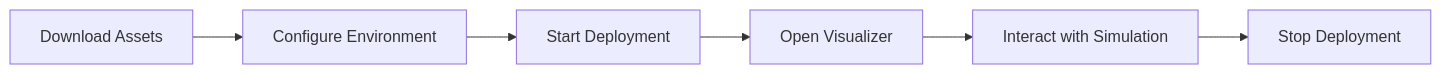
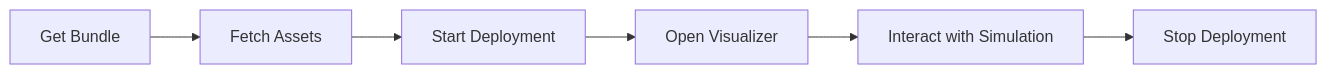
Before and after one commit to oguzkaganozt/openadkit: the diagram in docs/deployment/samples/index.md, drawn with Mermaid. The commit also changed other lines of this file and 18 other files, not shown here.

````diff
--- a/docs/deployment/samples/index.md
+++ b/docs/deployment/samples/index.md
@@ -74,8 +77,8 @@
 ```mermaid
 flowchart LR
-    A[Download Assets] --> B[Configure Environment]
+    A[Get Bundle] --> B[Fetch Assets]
     B --> C[Start Deployment]
     C --> D[Open Visualizer]
     D --> E[Interact with Simulation]
     E --> F[Stop Deployment]
 ```
````
